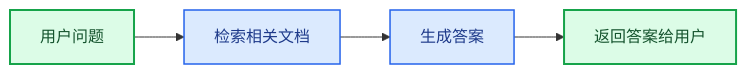
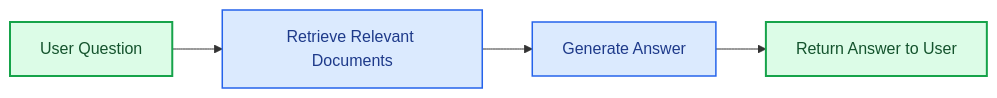
Before and after one commit to kunfan96/cndocs-langchain: the second of 4 diagrams in oss/javascript/langchain/retrieval.mdx, drawn with Mermaid. The commit also changed other lines of this file and 2611 other files, not shown here.

````diff
--- a/oss/javascript/langchain/retrieval.mdx
+++ b/oss/javascript/langchain/retrieval.mdx
@@ -125,13 +135,13 @@
 ```mermaid
 graph LR
-    A[用户问题] --> B["检索相关文档"]
-    B --> C["生成答案"]
-    C --> D[返回答案给用户]
+    A[User Question] --> B["Retrieve Relevant Documents"]
+    B --> C["Generate Answer"]
+    C --> D[Return Answer to User]
 
     %% Styling
     classDef startend fill:#DCFCE7,stroke:#16A34A,stroke-width:2px,color:#14532D
     classDef process fill:#DBEAFE,stroke:#2563EB,stroke-width:1.5px,color:#1E3A8A
 
     class A,D startend
     class B,C process
 ```
````
